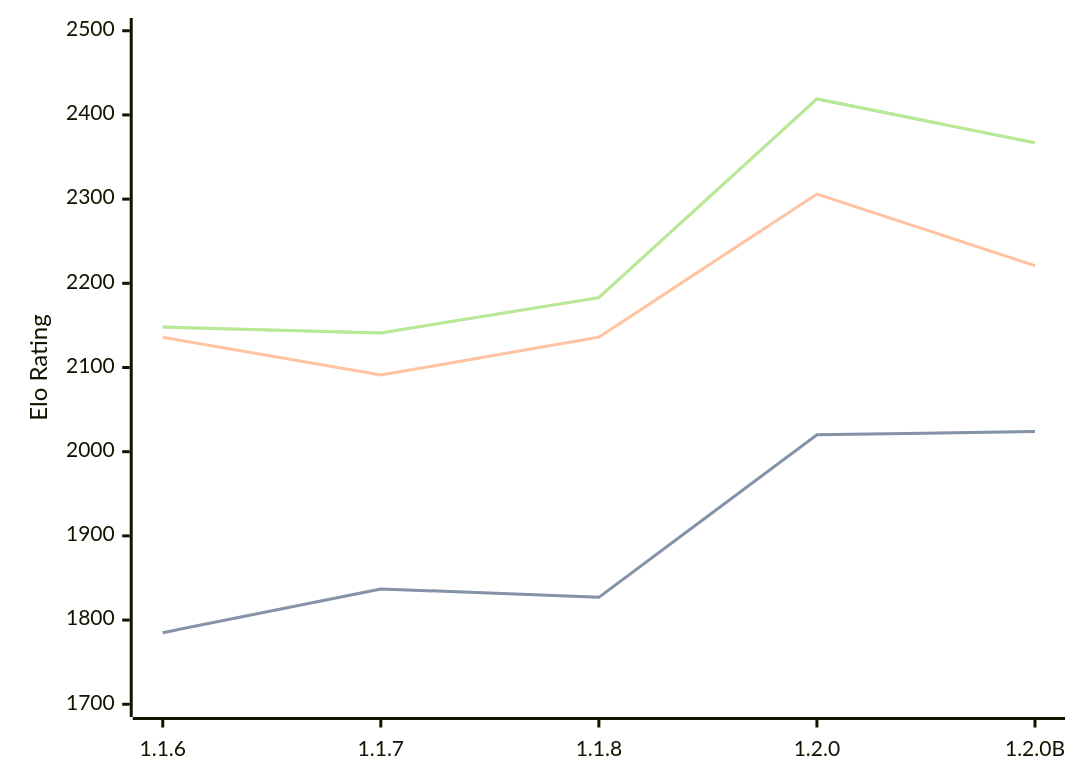
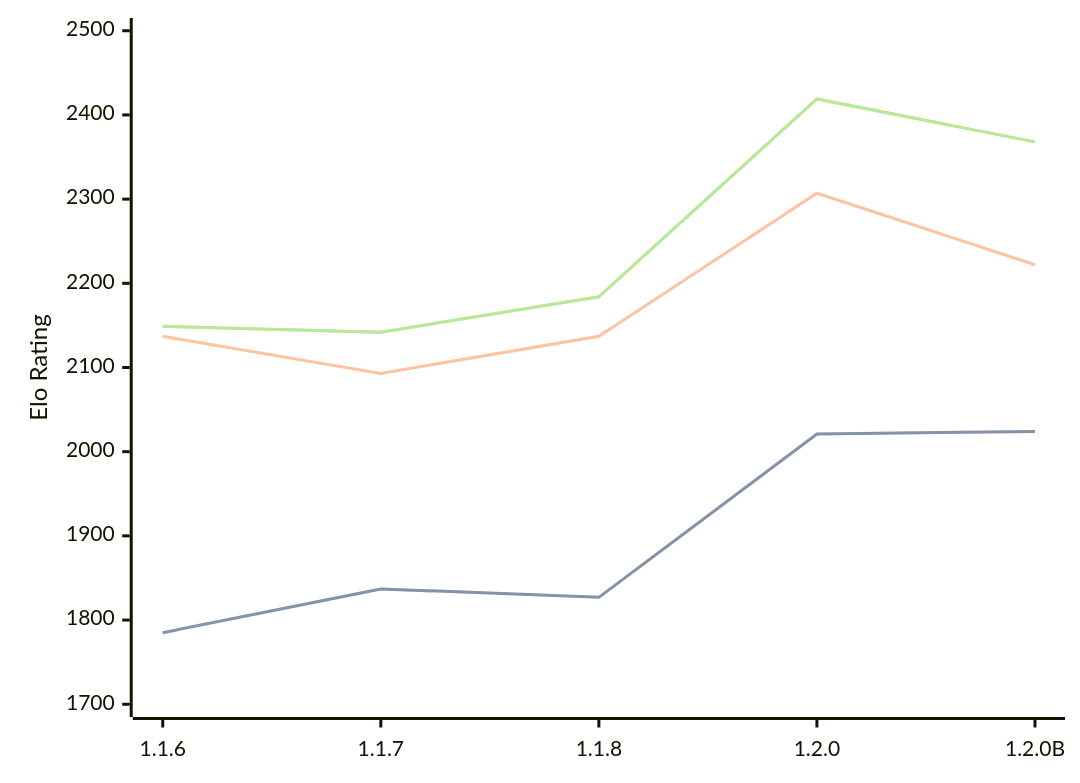
The first of 3 diagrams in engines/Soomi.md (computer-chess-index/cci), drawn with Mermaid before and after one commit. The commit also changed other lines of this file, not shown here.

Commit message:
Update CCI Ratings (ELO VLTC) - 2026-06-30

````diff
--- a/engines/Soomi.md
+++ b/engines/Soomi.md
@@ -35,11 +35,11 @@
 ```mermaid
 %%{init: {"theme":"base","themeVariables":{"seriesColors:['#a3a3a3','#222221','#faa371']}}}%%
 xychart-beta
   x-axis ["1.1.6", "1.1.7", "1.1.8", "1.2.0", "1.2.0B"]
   y-axis "Elo Rating" 1700 --> 2500
-  line "STC (8.0+0.08s)" [1785, 1837, 1827, 2020, 2024]
-  line "STC (8.0+0.08s)" [1785, 1837, 1827, 2020, 2024]
-  line "LTC (60.0+0.60s)" [2136, 2091, 2136, 2306, 2221]
-  line "VLTC (2m24s+1.12s)" [2148, 2141, 2183, 2419, 2367]
-  line "VLTC (2m24s+1.12s)" [2148, 2141, 2183, 2419, 2367]
+  line "STC (8.0+0.08s)" [1785, 1837, 1827, 2021, 2024]
+  line "STC (8.0+0.08s)" [1785, 1837, 1827, 2021, 2024]
+  line "LTC (60.0+0.60s)" [2137, 2093, 2137, 2307, 2222]
+  line "VLTC (2m24s+1.12s)" [2149, 2142, 2184, 2419, 2368]
+  line "VLTC (2m24s+1.12s)" [2149, 2142, 2184, 2419, 2368]
 ```
````
